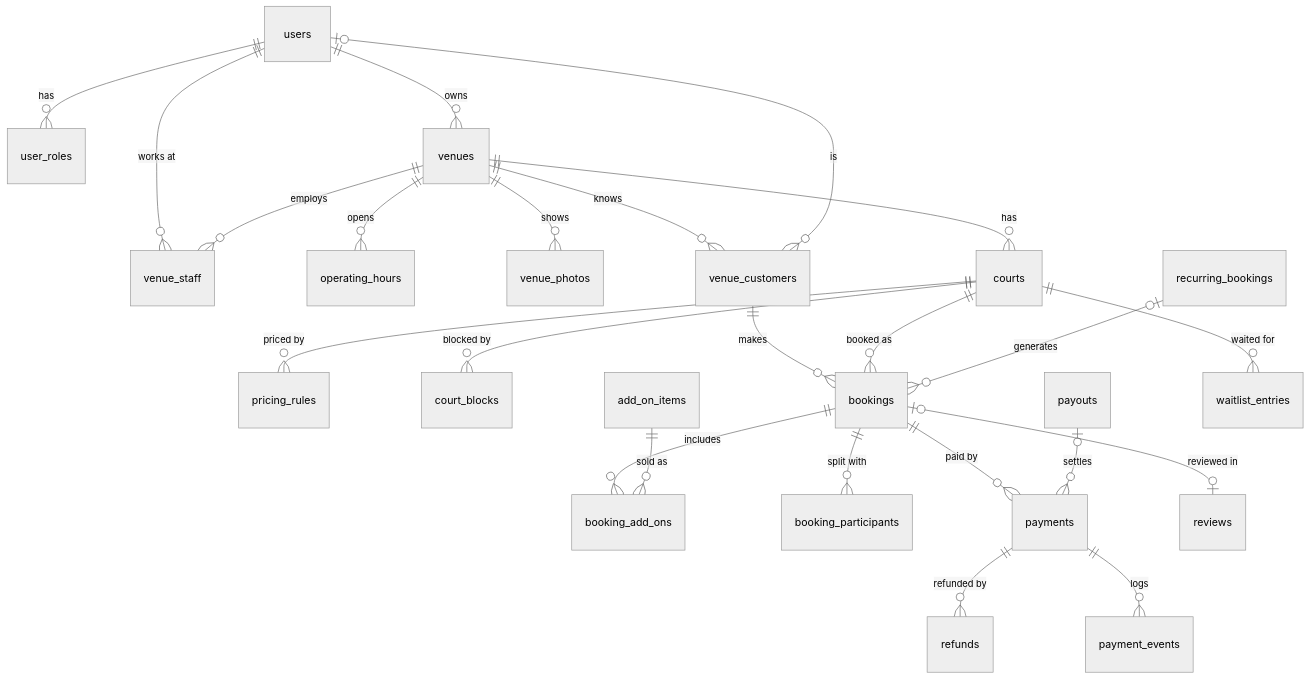
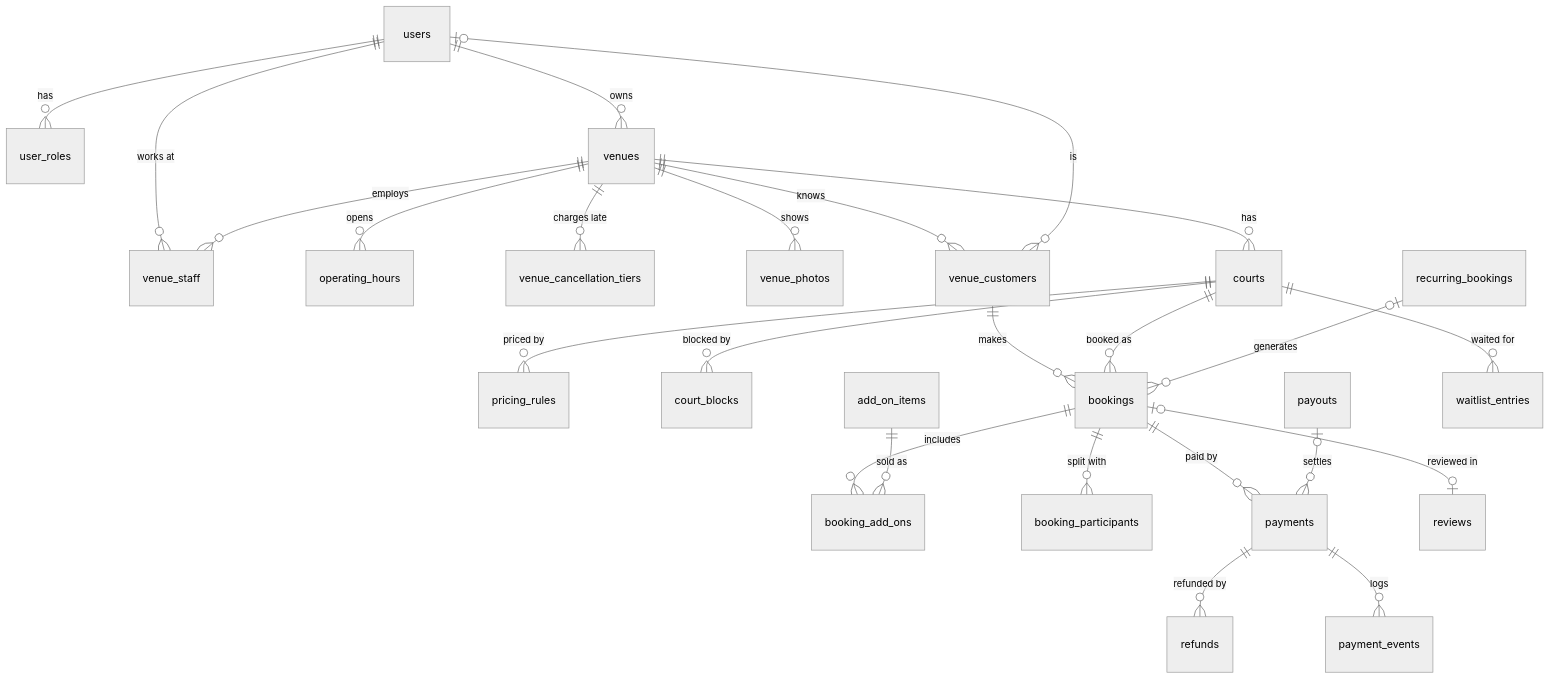
Before and after one commit to dahalutsab/futslot: the first of 4 diagrams in docs/db/schema.md, drawn with Mermaid (neutral theme). The commit also changed other lines of this file and 33 other files, not shown here.

First line of the commit message:
feat: venue-set cancellation fees that rise as kickoff gets closer

````diff
--- a/docs/db/schema.md
+++ b/docs/db/schema.md
@@ -77,26 +78,27 @@
 ```mermaid
 erDiagram
     users ||--o{ user_roles : has
     users ||--o{ venues : owns
     users ||--o{ venue_staff : "works at"
     venues ||--o{ venue_staff : employs
     venues ||--o{ operating_hours : opens
+    venues ||--o{ venue_cancellation_tiers : "charges late"
     venues ||--o{ venue_photos : shows
     venues ||--o{ courts : has
     courts ||--o{ pricing_rules : "priced by"
     courts ||--o{ court_blocks : "blocked by"
     venues ||--o{ venue_customers : "knows"
     users |o--o{ venue_customers : "is"
     venue_customers ||--o{ bookings : makes
     courts ||--o{ bookings : "booked as"
     recurring_bookings |o--o{ bookings : generates
     bookings ||--o{ booking_add_ons : includes
     add_on_items ||--o{ booking_add_ons : "sold as"
     bookings ||--o{ booking_participants : "split with"
     bookings ||--o{ payments : "paid by"
     payments ||--o{ refunds : "refunded by"
     payments ||--o{ payment_events : logs
     payouts |o--o{ payments : settles
     bookings |o--o| reviews : "reviewed in"
     courts ||--o{ waitlist_entries : "waited for"
 ```
````
